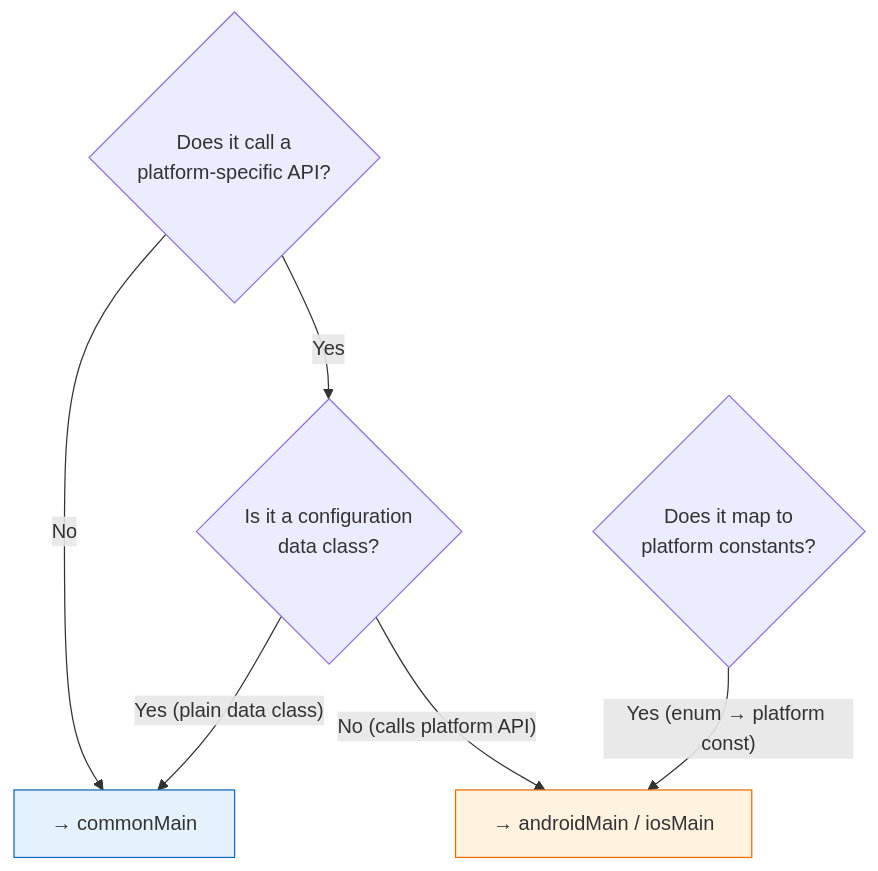
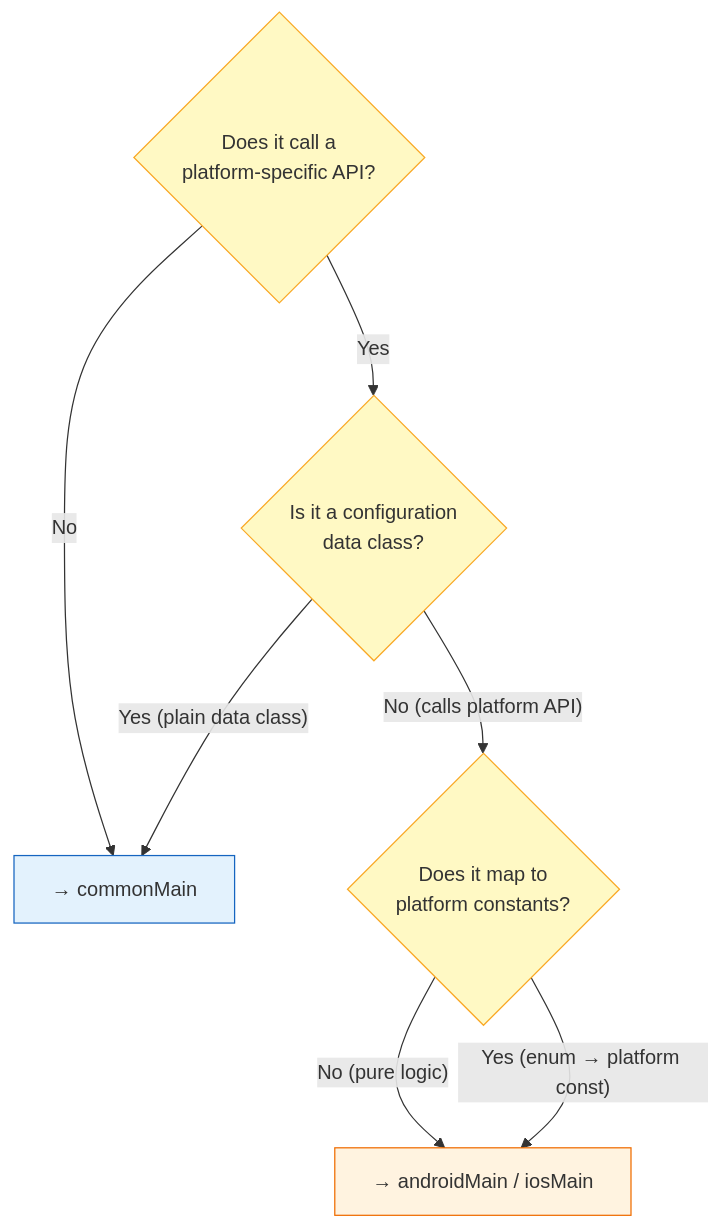
Before and after one commit to DanCrRdz93/core-data-platform: the diagram in docs/diagrams/mmd/04b-decision-rules.mmd, drawn with Mermaid. The commit also changed 18 other files, not shown here.

Commit message:
upgrade diagrams

```diff
--- a/docs/diagrams/mmd/04b-decision-rules.mmd
+++ b/docs/diagrams/mmd/04b-decision-rules.mmd
@@ -1,16 +1,20 @@
 flowchart TD
     Q1{"Does it call a<br/>platform-specific API?"}
     Q2{"Is it a configuration<br/>data class?"}
     Q3{"Does it map to<br/>platform constants?"}
 
     COMMON["→ commonMain"]
     PLATFORM["→ androidMain / iosMain"]
 
     Q1 -->|No| COMMON
     Q1 -->|Yes| Q2
     Q2 -->|"Yes (plain data class)"| COMMON
-    Q2 -->|"No (calls platform API)"| PLATFORM
+    Q2 -->|"No (calls platform API)"| Q3
+    Q3 -->|"No (pure logic)"| PLATFORM
     Q3 -->|"Yes (enum → platform const)"| PLATFORM
 
     style COMMON fill:#e3f2fd,stroke:#1565c0
     style PLATFORM fill:#fff3e0,stroke:#ef6c00
+    style Q1 fill:#fff9c4,stroke:#f9a825
+    style Q2 fill:#fff9c4,stroke:#f9a825
+    style Q3 fill:#fff9c4,stroke:#f9a825
```
